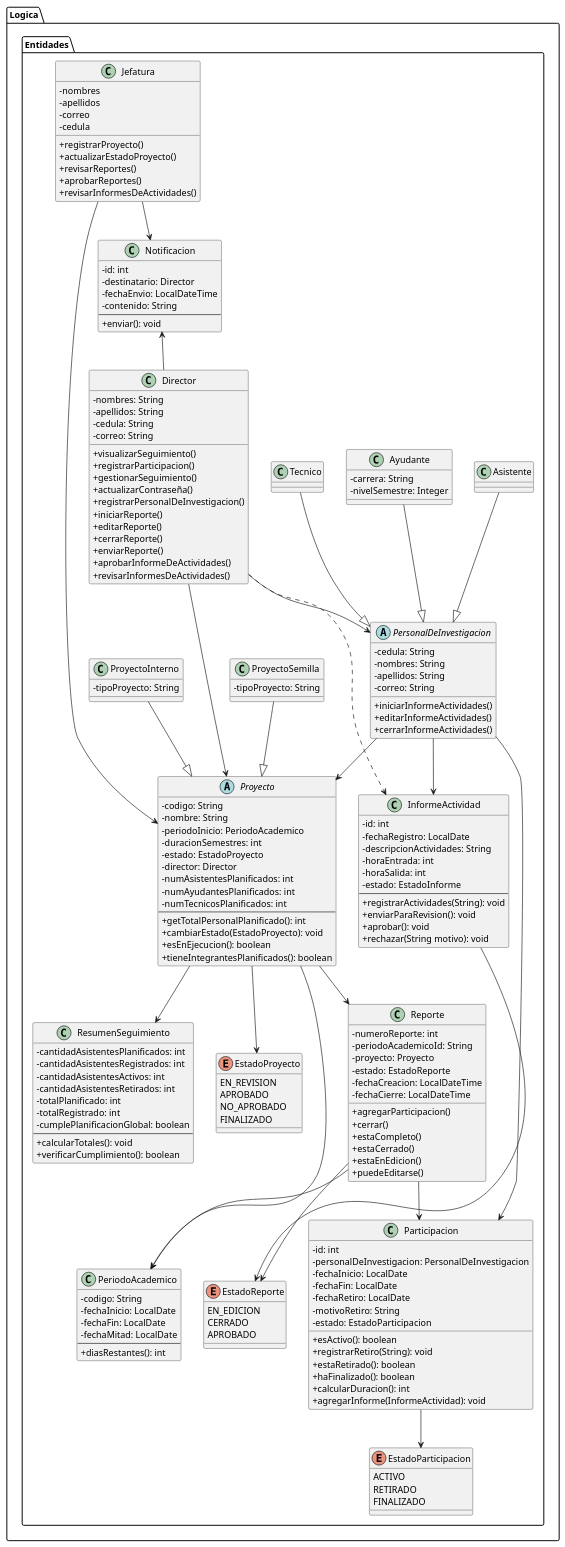
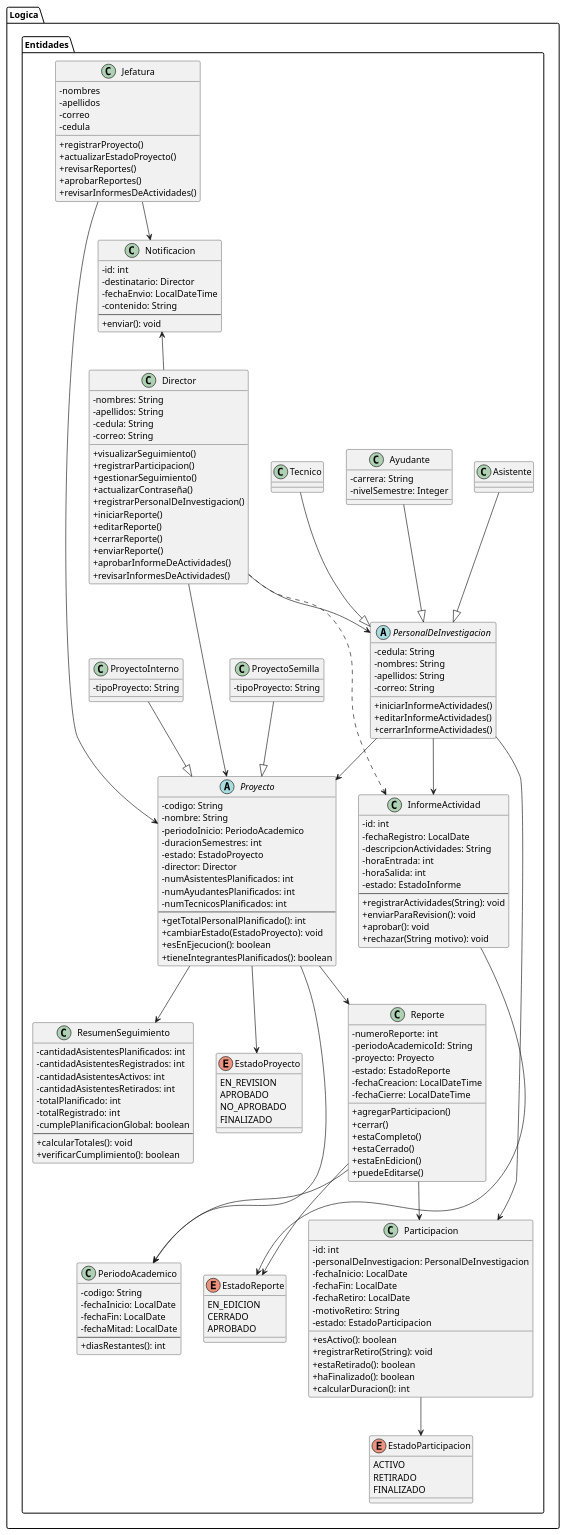
Before and after one commit to David-l24/AssistantsReport: the diagram in src/DiagramaClases.puml, drawn with PlantUML. The commit also changed 11 other files, not shown here.

```diff
--- a/src/DiagramaClases.puml
+++ b/src/DiagramaClases.puml
@@ -111,7 +111,6 @@
         + estaRetirado(): boolean
         + haFinalizado(): boolean
         + calcularDuracion(): int
-        + agregarInforme(InformeActividad): void
     }
 
     class InformeActividad {
```
